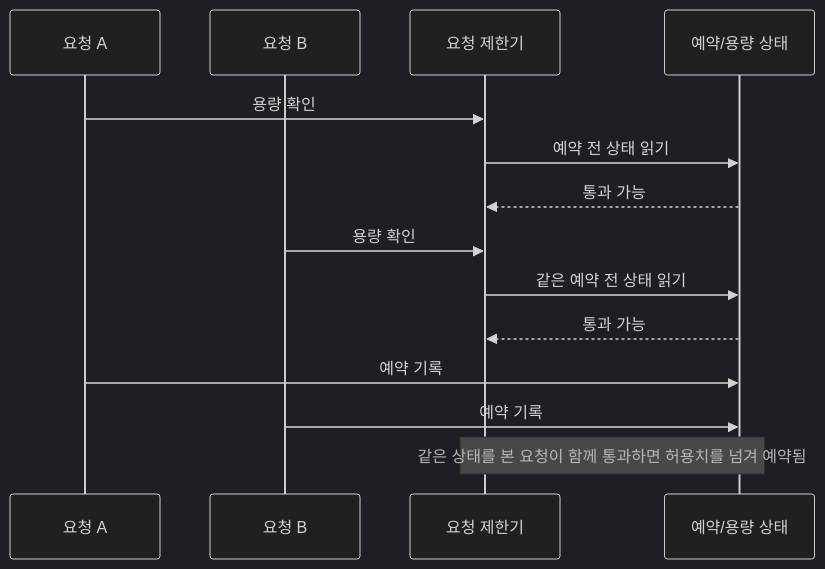
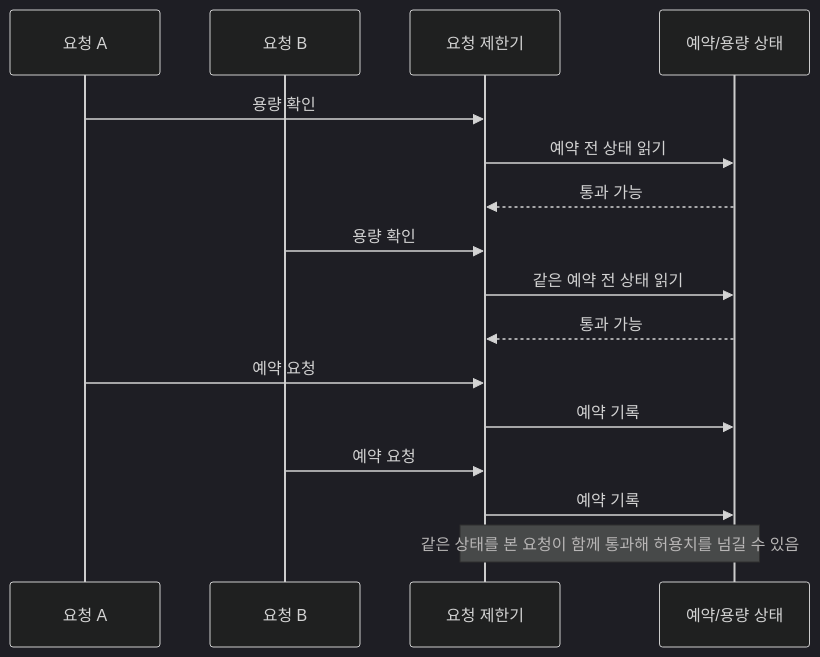
Before and after one commit to zmrdltl/portfolio: the diagram in docs/experience/cluml.md, drawn with Mermaid (dark theme). The commit also changed other lines of this file and 1 other file, not shown here.

````diff
--- a/docs/experience/cluml.md
+++ b/docs/experience/cluml.md
@@ -36,17 +13,19 @@
 ```mermaid
 sequenceDiagram
   participant A as 요청 A
   participant B as 요청 B
   participant L as 요청 제한기
   participant S as 예약/용량 상태
 
   A->>L: 용량 확인
   L->>S: 예약 전 상태 읽기
   S-->>L: 통과 가능
   B->>L: 용량 확인
   L->>S: 같은 예약 전 상태 읽기
   S-->>L: 통과 가능
-  A->>S: 예약 기록
-  B->>S: 예약 기록
-  Note over L,S: 같은 상태를 본 요청이 함께 통과하면 허용치를 넘겨 예약됨
+  A->>L: 예약 요청
+  L->>S: 예약 기록
+  B->>L: 예약 요청
+  L->>S: 예약 기록
+  Note over L,S: 같은 상태를 본 요청이 함께 통과해 허용치를 넘길 수 있음
 ```
````
